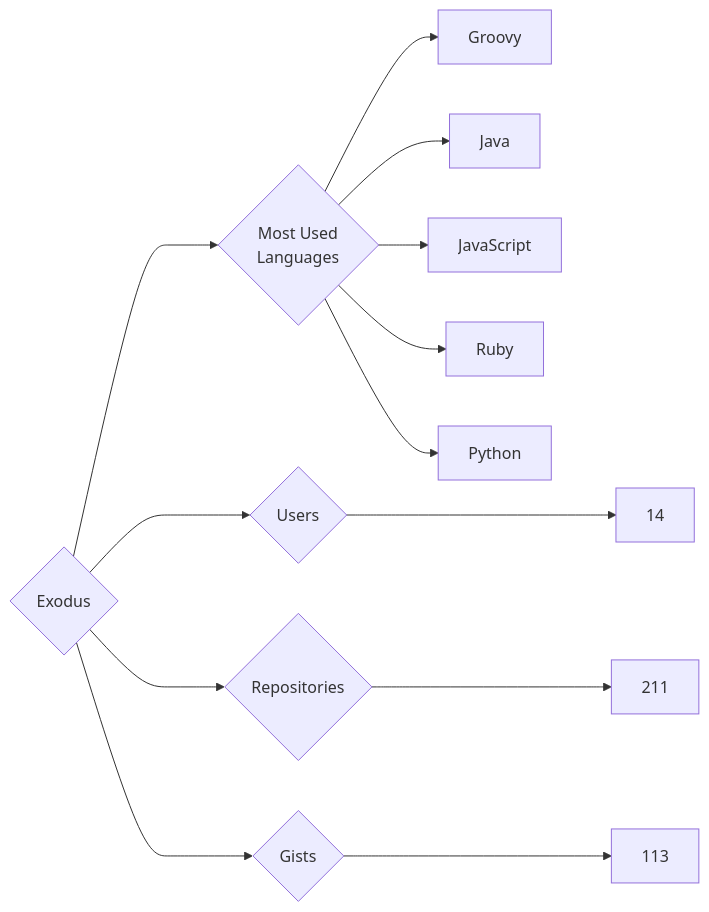
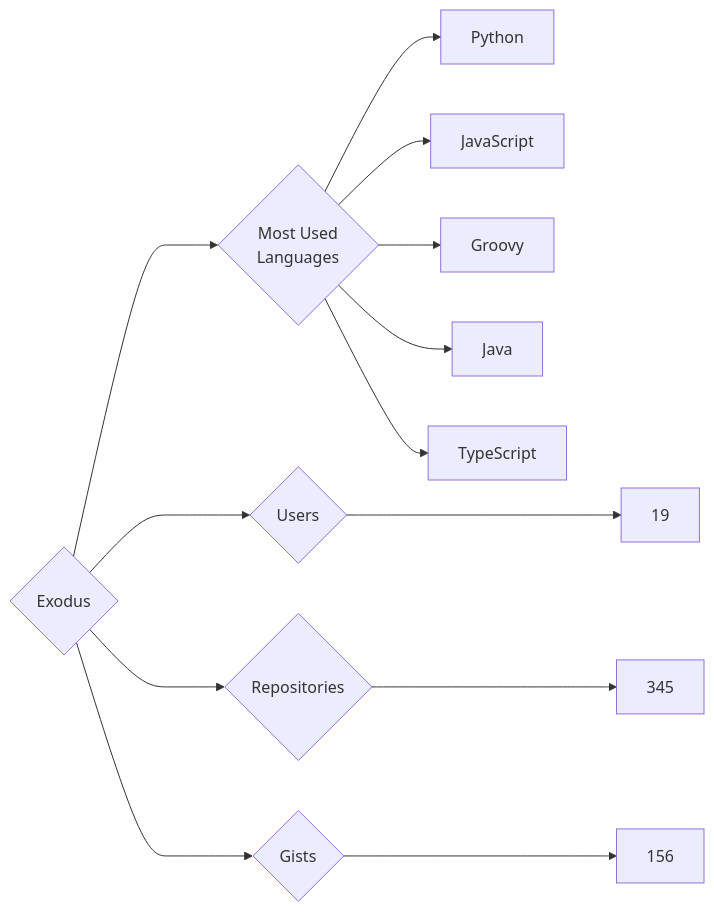
One commit to trickest/insiders changed the diagram in targets/Exodus/README.md. Above: the diagram before and after it, drawn with Mermaid. The commit also changed 681 other files, not shown here.

````diff
--- a/targets/Exodus/README.md
+++ b/targets/Exodus/README.md
@@ -3,13 +3,13 @@
 ```mermaid
 graph LR
 COMPANY_NAME{Exodus}
-COMPANY_NAME ---> U{Users} ---> UN[14]
-COMPANY_NAME ---> R{Repositories} ---> RN[211]
-COMPANY_NAME ---> G{Gists} ---> GN[113]
+COMPANY_NAME ---> U{Users} ---> UN[19]
+COMPANY_NAME ---> R{Repositories} ---> RN[345]
+COMPANY_NAME ---> G{Gists} ---> GN[156]
 COMPANY_NAME ---> ML{Most Used<br>Languages}
+ML --> Python[Python]
+ML --> JavaScript[JavaScript]
 ML --> Groovy[Groovy]
 ML --> Java[Java]
-ML --> JavaScript[JavaScript]
-ML --> Ruby[Ruby]
-ML --> Python[Python]
+ML --> TypeScript[TypeScript]
 ```
````
